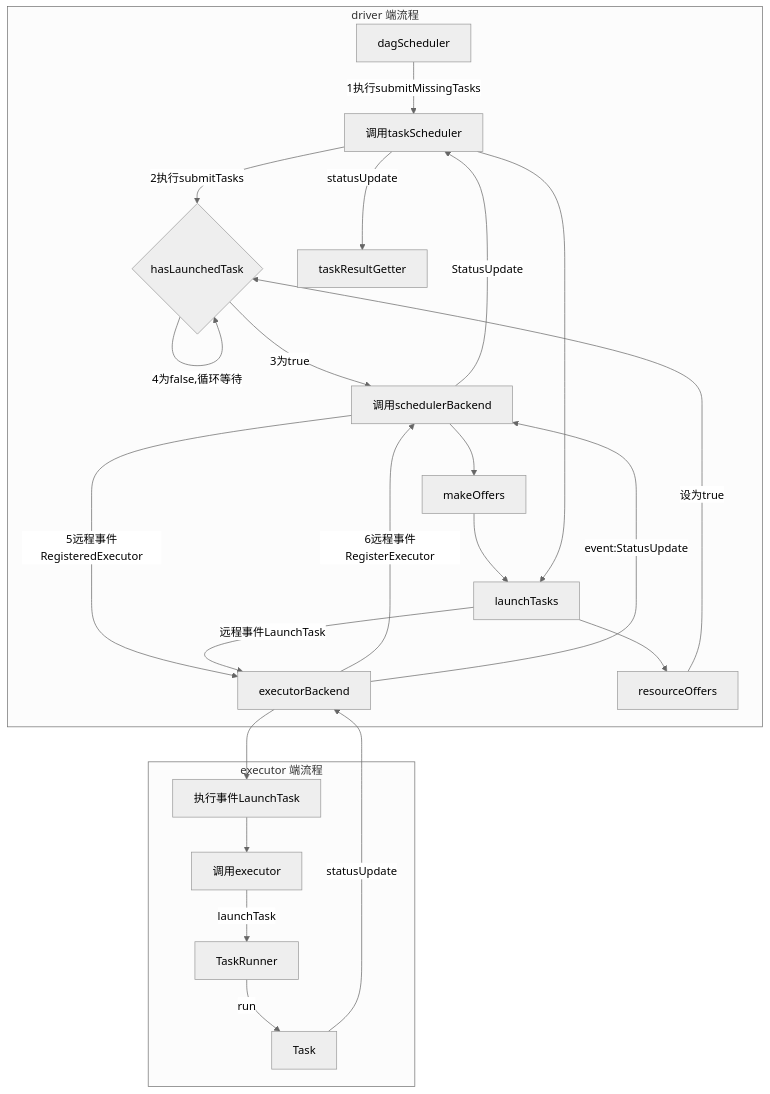
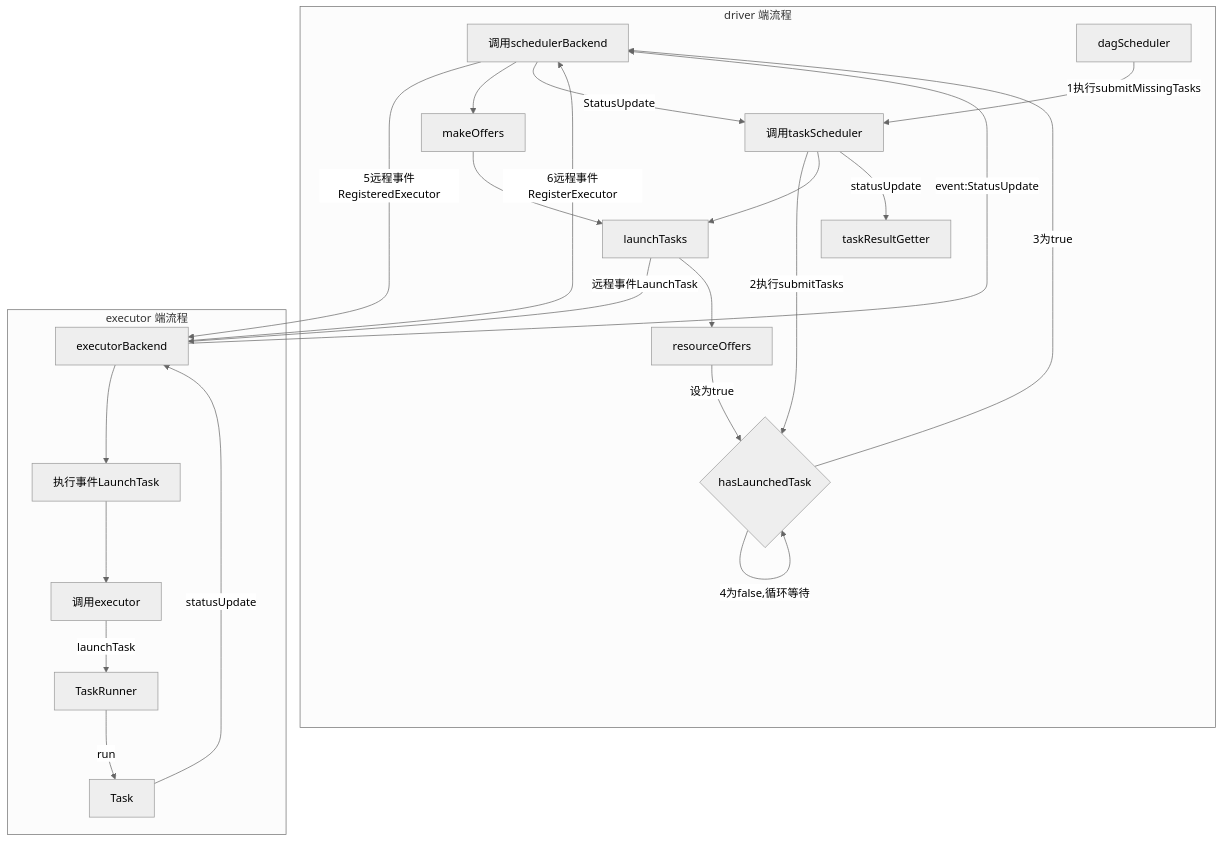
The second of 2 diagrams in _posts/2018-3-5-spark-源码分析-任务分发与执行流程.md (mzl9039/mzl9039.github.io), drawn with Mermaid (neutral theme) before and after one commit.

```diff
--- a/_posts/2018-3-5-spark-源码分析-任务分发与执行流程.md
+++ b/_posts/2018-3-5-spark-源码分析-任务分发与执行流程.md
@@ -37,27 +37,27 @@
 <div class="mermaid">
 graph TD
+    schedulerBackend-->|5远程事件RegisteredExecutor|executorBackend
+    launchTasks-->|远程事件LaunchTask|executorBackend
     subgraph driver 端流程
     dagScheduler-->|1执行submitMissingTasks|taskScheduler[调用taskScheduler]
     taskScheduler-->|2执行submitTasks|hasLaunchedTask{hasLaunchedTask}
     hasLaunchedTask-->|3为true|schedulerBackend[调用schedulerBackend]
-    hasLaunchedTask-->|4为false,循环等待|hasLaunchedTask
-    schedulerBackend-->|5远程事件RegisteredExecutor|executorBackend
+    hasLaunchedTask-->|4为false,循环等待|hasLaunchedTask    
     schedulerBackend-->makeOffers
     makeOffers-->launchTasks
     taskScheduler-->launchTasks
     launchTasks-->resourceOffers
-    resourceOffers-->|设为true|hasLaunchedTask
-    launchTasks-->|远程事件LaunchTask|executorBackend
+    resourceOffers-->|设为true|hasLaunchedTask    
     schedulerBackend-->|StatusUpdate|taskScheduler
     taskScheduler-->|statusUpdate|taskResultGetter
     end
-    subgraph executor 端流程
+    subgraph executor 端流程    
     executorBackend-->|6远程事件RegisterExecutor|schedulerBackend    
     executorBackend-->LaunchTask[执行事件LaunchTask]
     LaunchTask-->executor[调用executor]
     executor-->|launchTask|TaskRunner
     TaskRunner-->|run|Task
     Task-->|statusUpdate|executorBackend
     executorBackend-->|event:StatusUpdate|schedulerBackend
     end
 </div>
```
